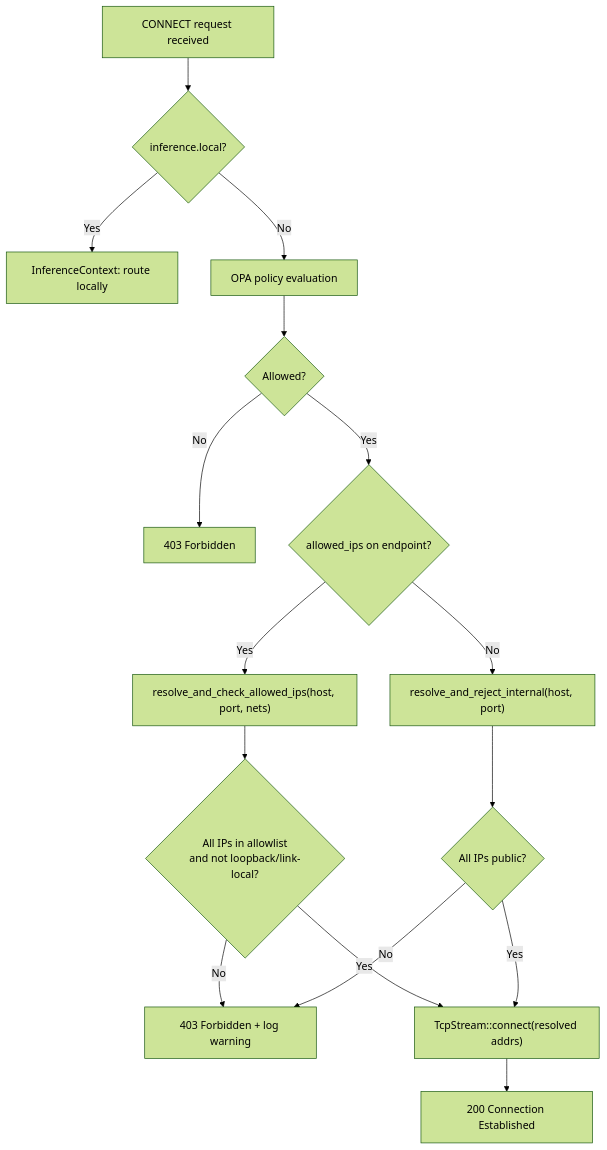
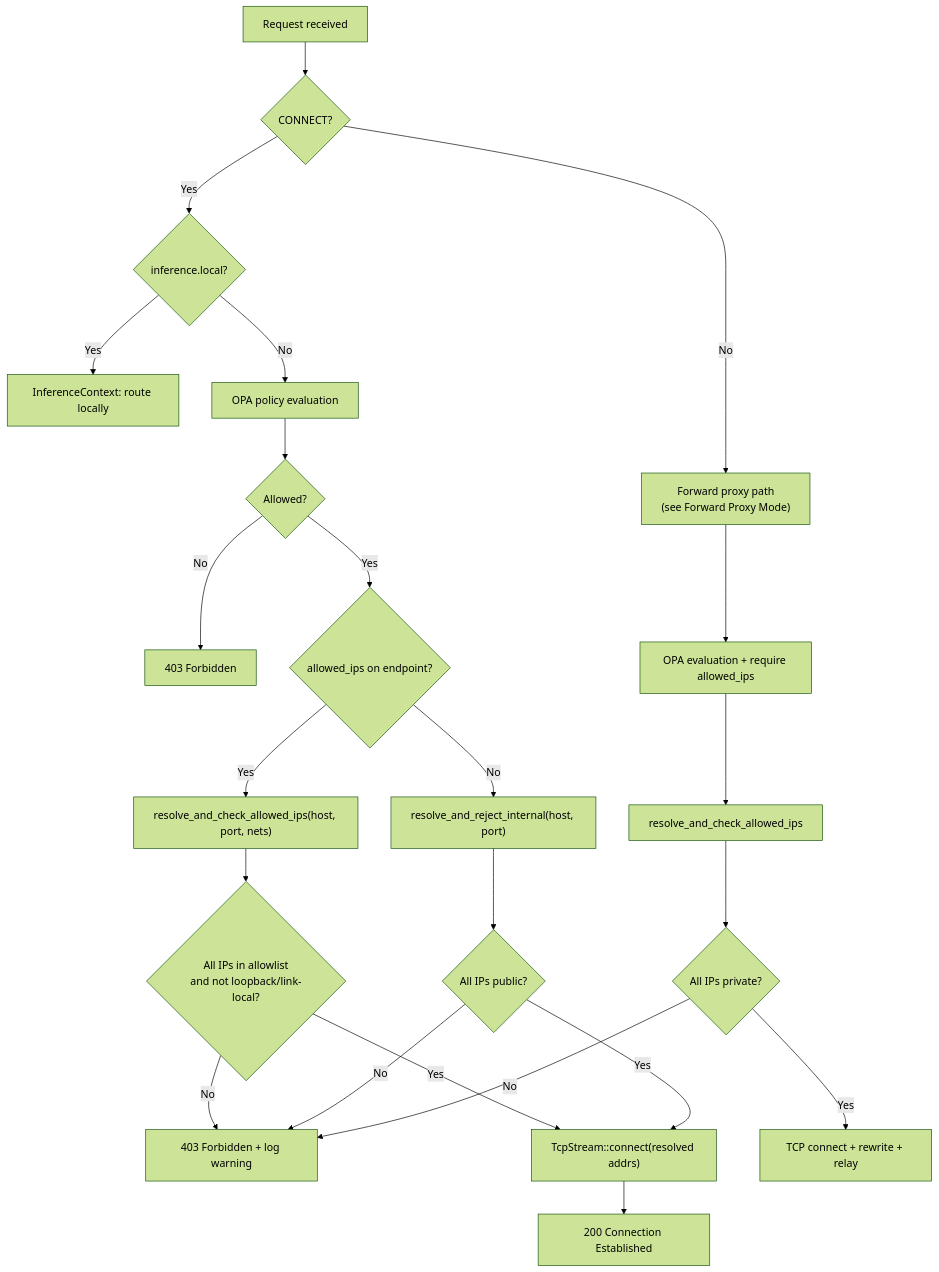
The sixth of 6 diagrams in architecture/security-policy.md (NVIDIA/OpenShell), drawn with Mermaid (forest theme) before and after one commit. The commit also changed other lines of this file and 2 other files, not shown here.

First line of the commit message:
feat(proxy): support plain HTTP forward proxy for private IP endpoints

````diff
--- a/architecture/security-policy.md
+++ b/architecture/security-policy.md
@@ -768,18 +867,26 @@
 ```mermaid
 flowchart TD
-    A[CONNECT request received] --> B{inference.local?}
-    B -- Yes --> C["InferenceContext: route locally"]
-    B -- No --> D[OPA policy evaluation]
+    A["Request received"] --> B{CONNECT?}
+    B -- Yes --> INF{inference.local?}
+    INF -- Yes --> C["InferenceContext: route locally"]
+    INF -- No --> D[OPA policy evaluation]
+    B -- No --> FP["Forward proxy path<br/>(see Forward Proxy Mode)"]
     D --> E{Allowed?}
     E -- No --> F["403 Forbidden"]
     E -- Yes --> G{allowed_ips on endpoint?}
     G -- Yes --> H["resolve_and_check_allowed_ips(host, port, nets)"]
     H --> I{All IPs in allowlist<br/>and not loopback/link-local?}
     I -- No --> J["403 Forbidden + log warning"]
     I -- Yes --> K["TcpStream::connect(resolved addrs)"]
     G -- No --> L["resolve_and_reject_internal(host, port)"]
     L --> M{All IPs public?}
     M -- No --> J
     M -- Yes --> K
-    K --> N[200 Connection Established]
+    K --> N["200 Connection Established"]
+
+    FP --> FP_OPA["OPA evaluation + require allowed_ips"]
+    FP_OPA --> FP_RESOLVE["resolve_and_check_allowed_ips"]
+    FP_RESOLVE --> FP_PRIVATE{All IPs private?}
+    FP_PRIVATE -- No --> J
+    FP_PRIVATE -- Yes --> FP_CONNECT["TCP connect + rewrite + relay"]
 ```
````
